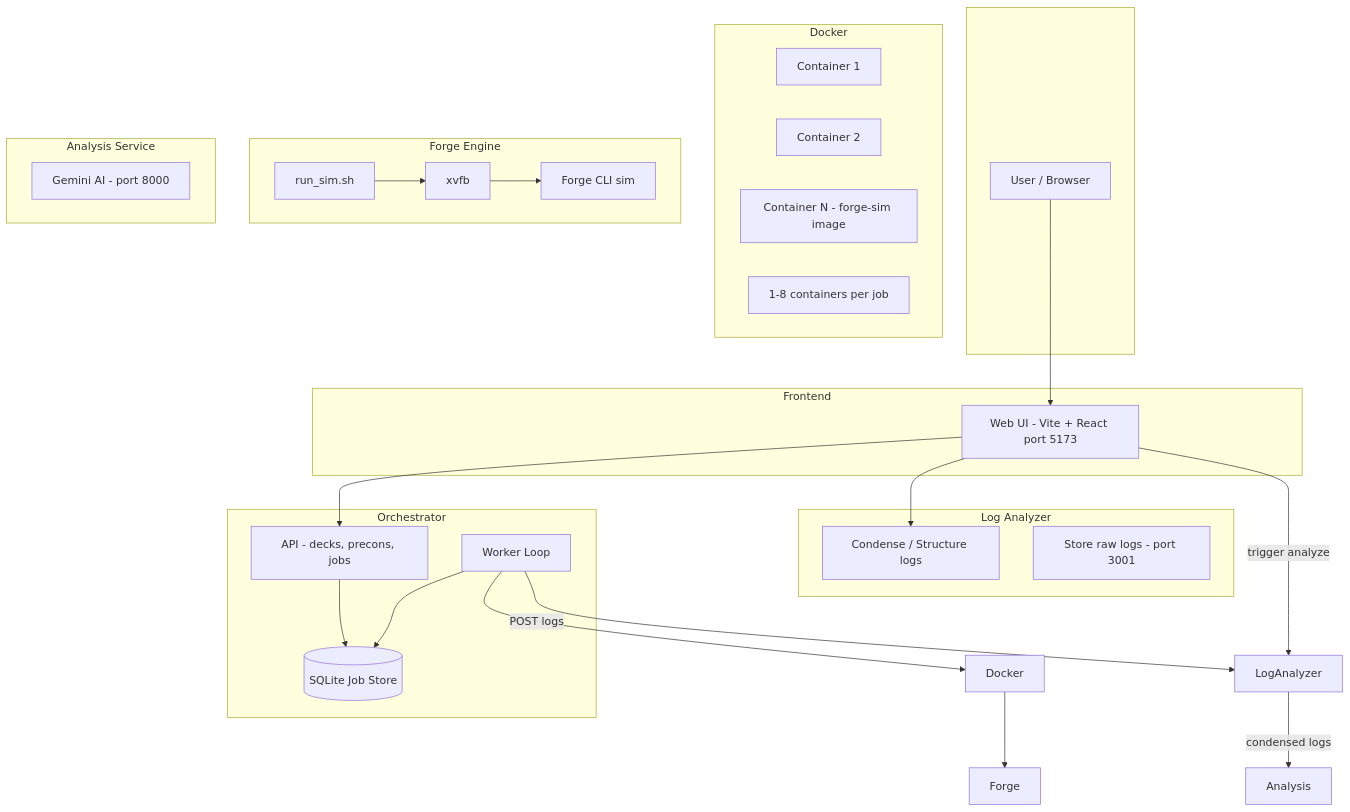
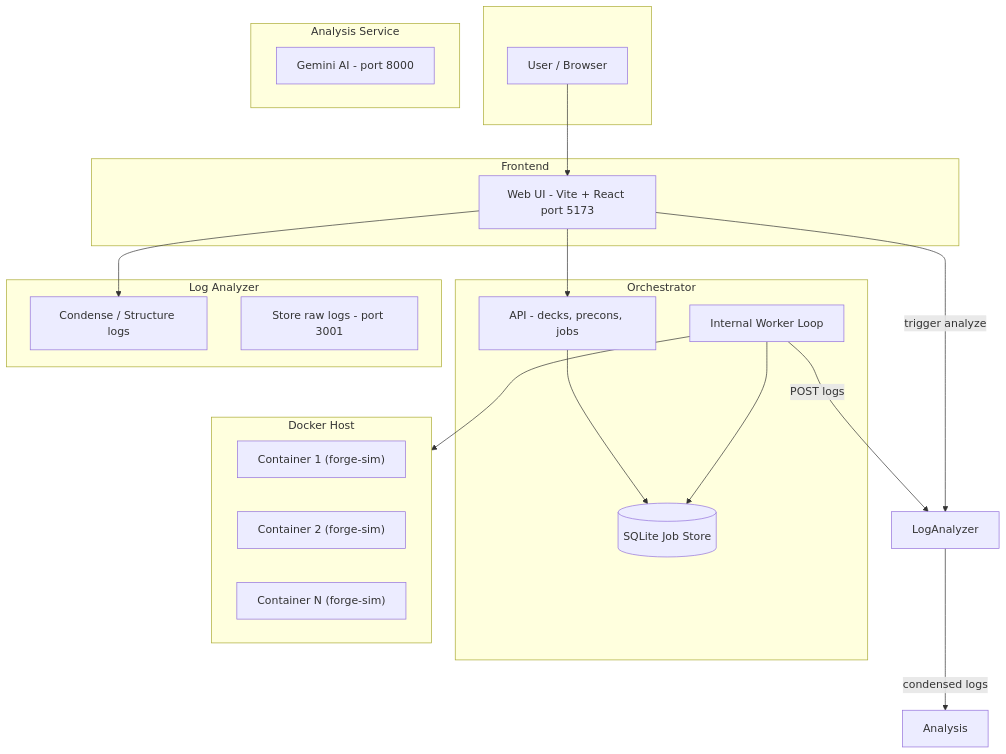
Before and after one commit to TytaniumDev/MagicBracketSimulator: the third of 3 diagrams in docs/ARCHITECTURE.md, drawn with Mermaid. The commit also changed other lines of this file and 3 other files, not shown here.

First line of the commit message:
docs: synchronize documentation with Unified Worker architecture

````diff
--- a/docs/ARCHITECTURE.md
+++ b/docs/ARCHITECTURE.md
@@ -105,50 +100,41 @@
 ```mermaid
 flowchart TB
     subgraph user[" "]
         Browser["User / Browser"]
     end
 
     subgraph frontend["Frontend"]
         UI["Web UI - Vite + React port 5173"]
     end
 
     subgraph orchestrator["Orchestrator"]
         API["API - decks, precons, jobs"]
         Store[(SQLite Job Store)]
-        Worker["Worker Loop"]
+        Worker["Internal Worker Loop"]
         API --> Store
         Worker --> Store
     end
 
     subgraph loganalyzer["Log Analyzer"]
         Condenser["Condense / Structure logs"]
         StoreLogs["Store raw logs - port 3001"]
     end
 
-    subgraph docker["Docker"]
-        C1["Container 1"]
-        C2["Container 2"]
-        C3["Container N - forge-sim image"]
-        N1["1-8 containers per job"]
-    end
-
-    subgraph forge["Forge Engine"]
-        RunSim["run_sim.sh"]
-        Xvfb["xvfb"]
-        ForgeCLI["Forge CLI sim"]
-        RunSim --> Xvfb --> ForgeCLI
+    subgraph docker["Docker Host"]
+        C1["Container 1 (forge-sim)"]
+        C2["Container 2 (forge-sim)"]
+        C3["Container N (forge-sim)"]
     end
 
     subgraph analysis["Analysis Service"]
         Gemini["Gemini AI - port 8000"]
     end
 
     Browser --> UI
     UI --> API
     UI --> Condenser
-    Worker --> Docker
-    Docker --> Forge
+    Worker --> docker
     Worker -->|"POST logs"| LogAnalyzer
     LogAnalyzer -->|"condensed logs"| Analysis
     UI -->|"trigger analyze"| LogAnalyzer
 ```
````
